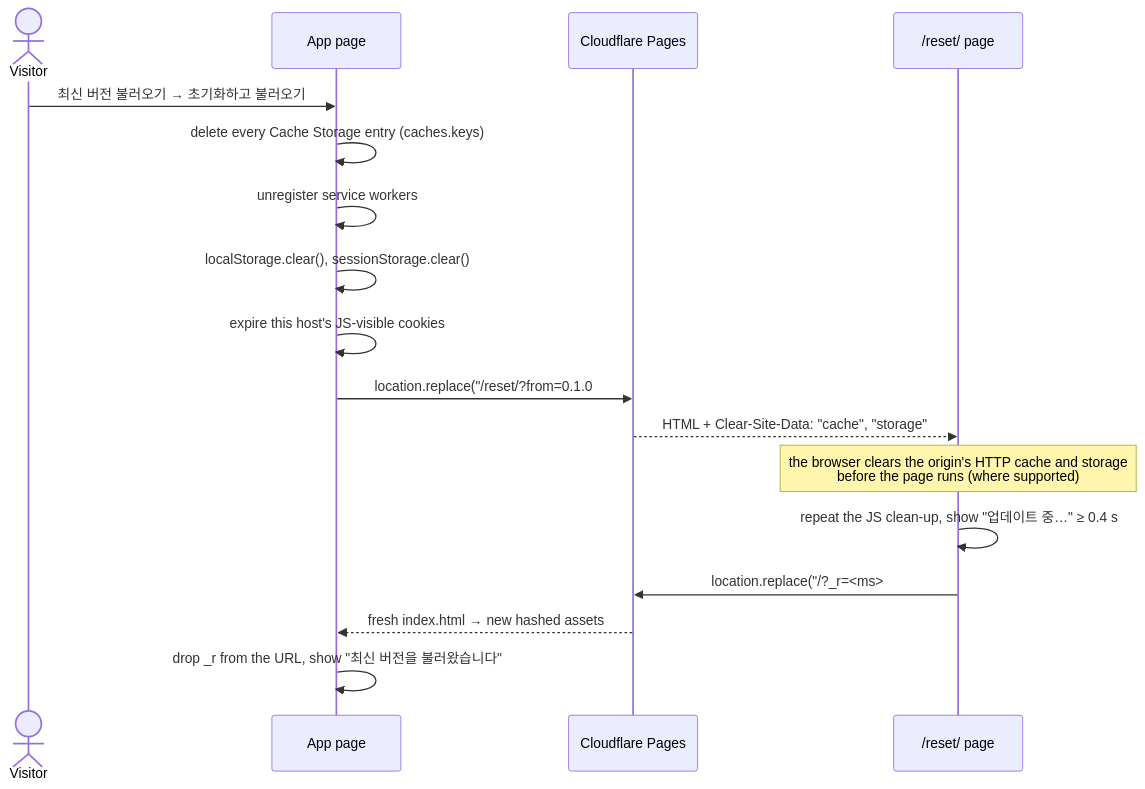
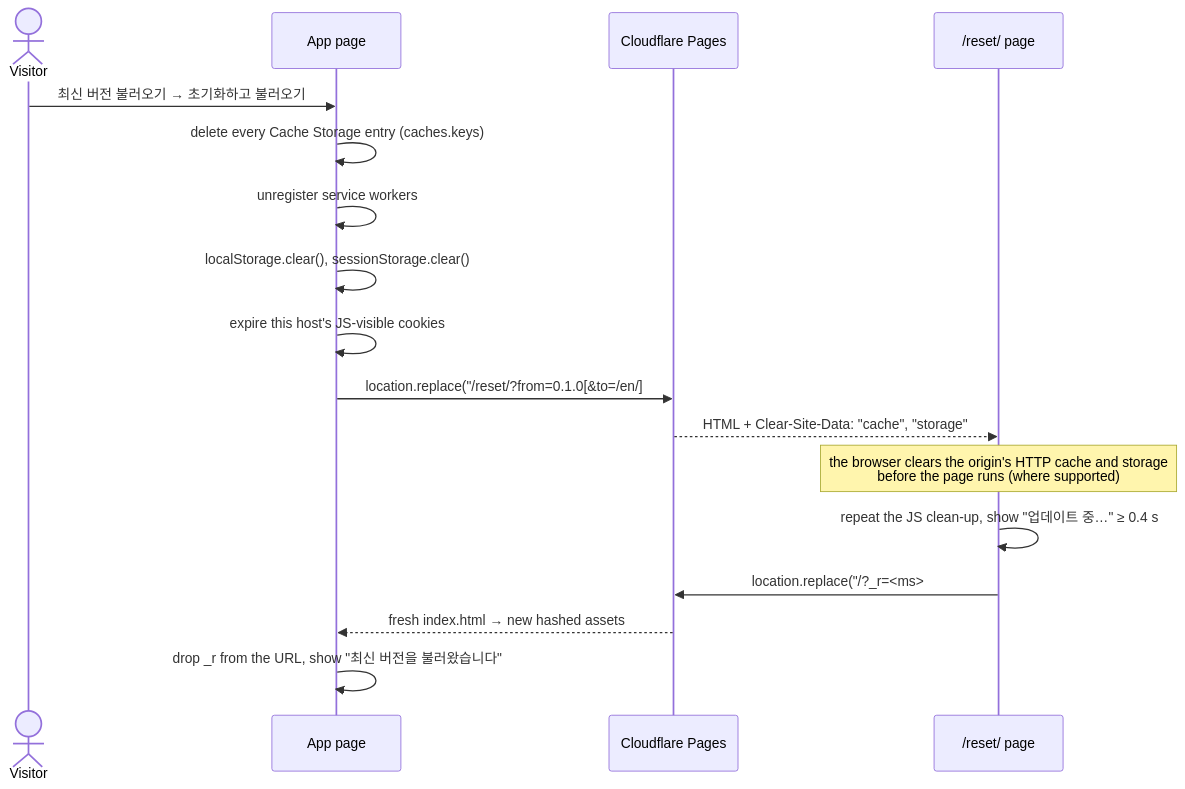
Before and after one commit to VinylStage/trex_vs_tiger_sim: the second of 2 diagrams in docs/VERSIONING.md, drawn with Mermaid. The commit also changed other lines of this file and 56 other files, not shown here.

````diff
--- a/docs/VERSIONING.md
+++ b/docs/VERSIONING.md
@@ -132,19 +147,19 @@
 ```mermaid
 sequenceDiagram
     actor Visitor
     participant Page as App page
     participant CDN as Cloudflare Pages
     participant Reset as /reset/ page
     Visitor->>Page: 최신 버전 불러오기 → 초기화하고 불러오기
     Page->>Page: delete every Cache Storage entry (caches.keys)
     Page->>Page: unregister service workers
     Page->>Page: localStorage.clear(), sessionStorage.clear()
     Page->>Page: expire this host's JS-visible cookies
-    Page->>CDN: location.replace("/reset/?from=0.1.0#s=…")
+    Page->>CDN: location.replace("/reset/?from=0.1.0[&to=/en/]#s=…")
     CDN-->>Reset: HTML + Clear-Site-Data: "cache", "storage"
     Note over Reset: the browser clears the origin's HTTP cache and storage<br/>before the page runs (where supported)
     Reset->>Reset: repeat the JS clean-up, show "업데이트 중…" ≥ 0.4 s
-    Reset->>CDN: location.replace("/?_r=<ms>#s=…")
+    Reset->>CDN: location.replace("/?_r=<ms>#s=…" or "/en/?_r=<ms>#s=…")
     CDN-->>Page: fresh index.html → new hashed assets
     Page->>Page: drop _r from the URL, show "최신 버전을 불러왔습니다"
 ```
````
